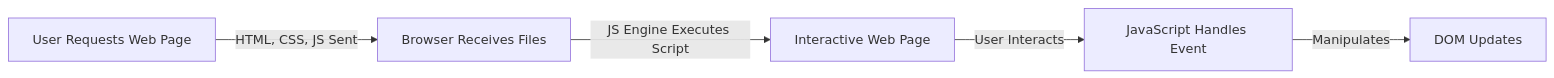
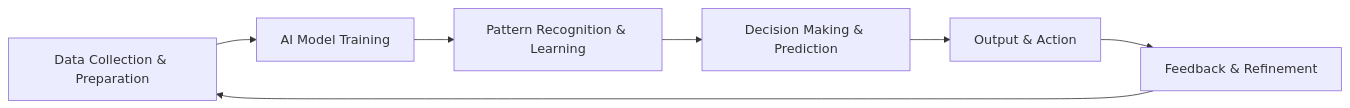
The diagram in docs/generative-ai/ai-fundamentals/ai-0.md (souvikpramanikgit/check), drawn with Mermaid before and after one commit. The commit also changed other lines of this file and 29 other files, not shown here.

````diff
--- a/docs/generative-ai/ai-fundamentals/ai-0.md
+++ b/docs/generative-ai/ai-fundamentals/ai-0.md
@@ -33,7 +34,9 @@
 ```mermaid
 graph LR
-  A[User Requests Web Page] -->|HTML, CSS, JS Sent| B[Browser Receives Files]
-  B -->|JS Engine Executes Script| C[Interactive Web Page]
-  C -->|User Interacts| D[JavaScript Handles Event]
-  D -->|Manipulates| E[DOM Updates]
+    A[Data Collection & Preparation] --> B[AI Model Training]
+    B --> C[Pattern Recognition & Learning]
+    C --> D[Decision Making & Prediction]
+    D --> E[Output & Action]
+    E --> F[Feedback & Refinement]
+    F --> A
 ```
````
